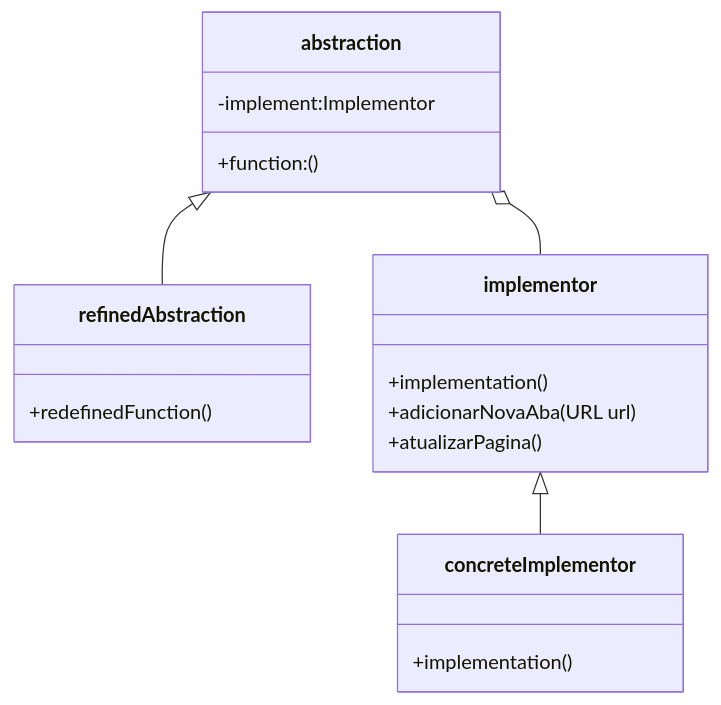
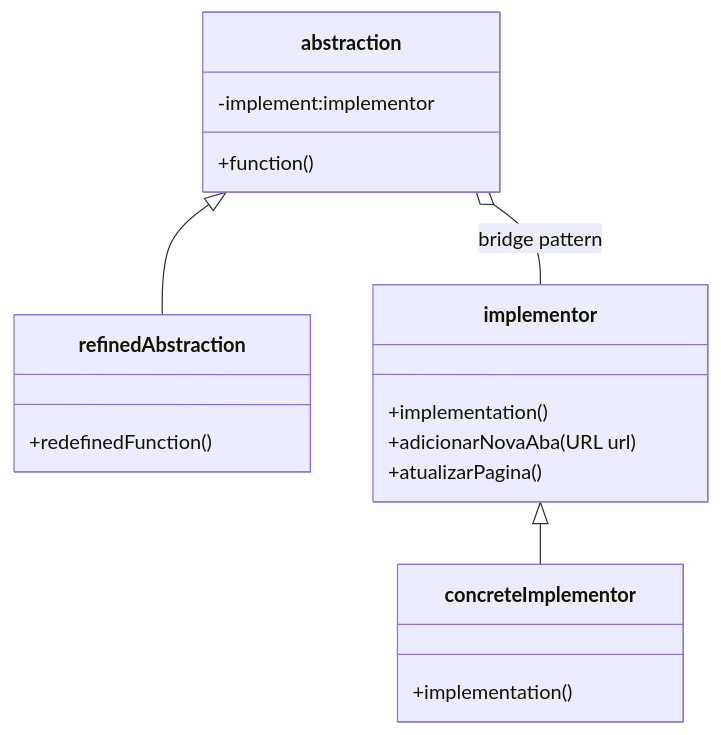
One commit to lilian-goncalves-de-almeida1326/git-treino changed the first of 2 diagrams in uml-patters.md. Above: the diagram before and after it, drawn with Mermaid. The commit also changed other lines of this file, not shown here.

Commit message:
uml decorator pattern projects

````diff
--- a/uml-patters.md
+++ b/uml-patters.md
@@ -2,25 +2,25 @@
 ```mermaid
 classDiagram
     class abstraction {
-        -implement:Implementor
-        +function:()
+        -implement:implementor
+        +function()
     }
 
     class refinedAbstraction {
         +redefinedFunction()
     }
 
     class implementor {
         +implementation()
         +adicionarNovaAba(URL url)
         +atualizarPagina()
     }
 
     class concreteImplementor {
         +implementation()
     }
 
-    abstraction o-- implementor
+    abstraction o-- implementor : bridge pattern
     abstraction <|-- refinedAbstraction
     implementor <|-- concreteImplementor
 ```
````
